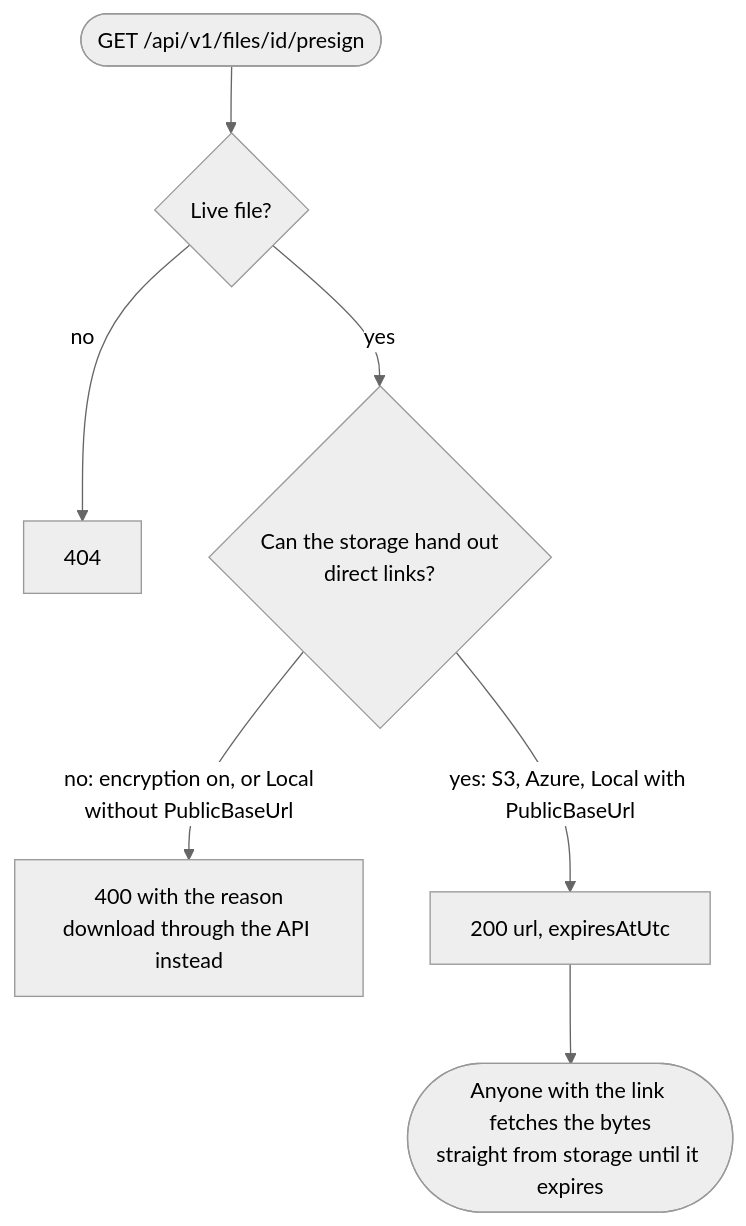
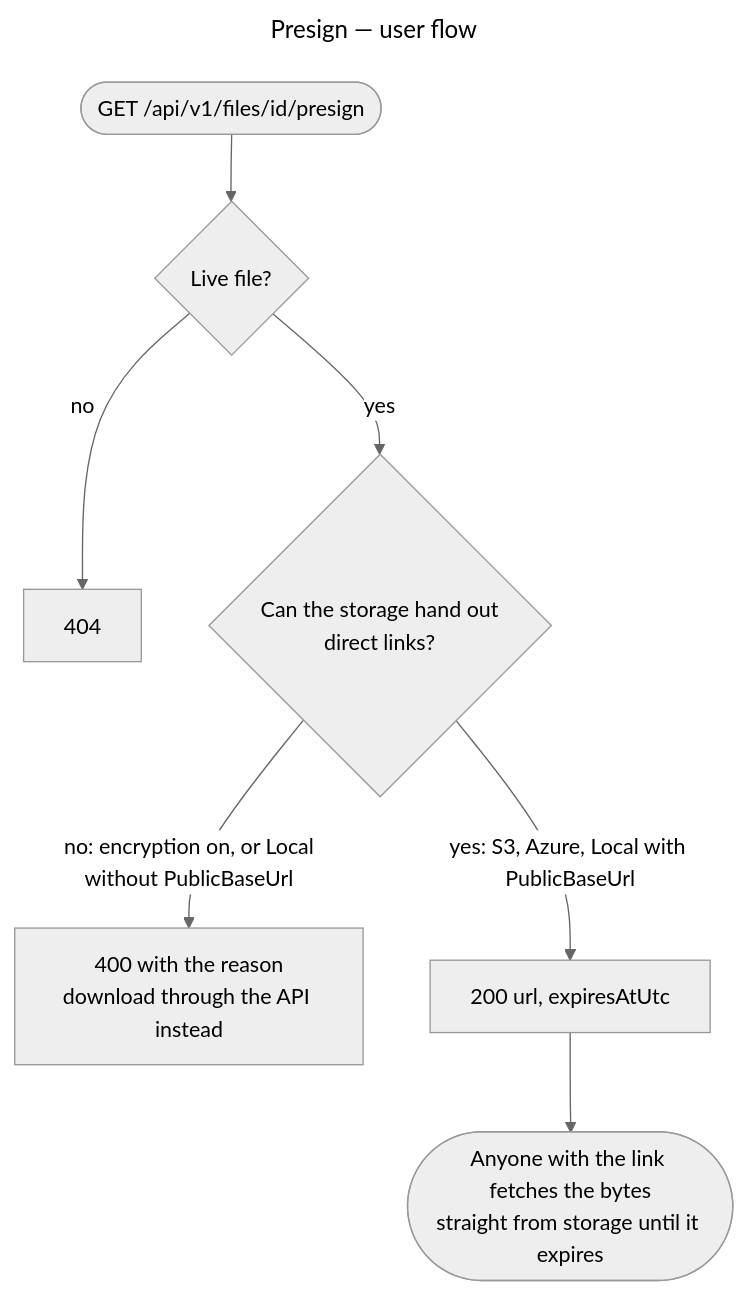
Before and after one commit to gmetskhvarishvili/GM.FileStorage.Samples: the tenth of 11 diagrams in docs/user-flows.md, drawn with Mermaid (neutral theme). The commit also changed other lines of this file and 7 other files, not shown here.

First line of the commit message:
docs: name every diagram "subject — kind" and index them

````diff
--- a/docs/user-flows.md
+++ b/docs/user-flows.md
@@ -156,9 +186,12 @@
 ```mermaid
+---
+title: Presign — user flow
+---
 flowchart TD
     start([GET /api/v1/files/id/presign]) --> live{Live file?}
     live -- no --> f404[404]
     live -- yes --> can{Can the storage hand out<br/>direct links?}
     can -- "no: encryption on, or Local<br/>without PublicBaseUrl" --> r400[400 with the reason<br/>download through the API instead]
     can -- "yes: S3, Azure, Local with PublicBaseUrl" --> ok[200 url, expiresAtUtc]
     ok --> use([Anyone with the link fetches the bytes<br/>straight from storage until it expires])
 ```
````
